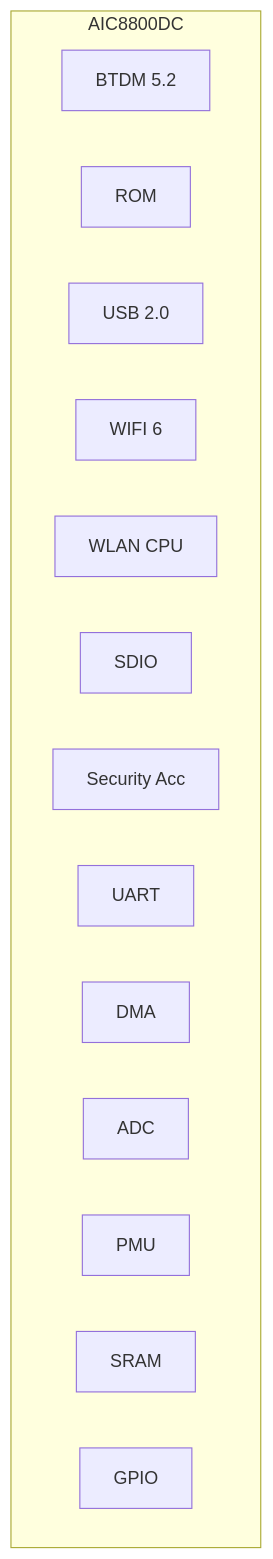
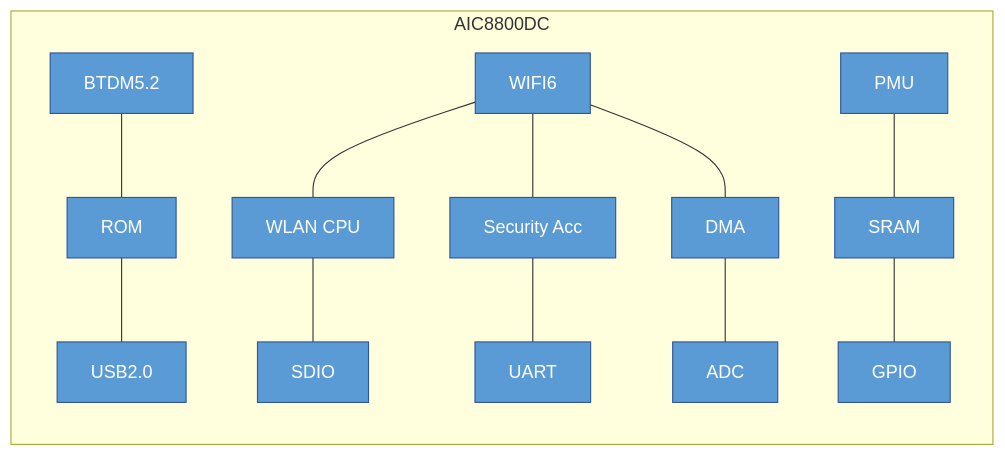
The diagram in AIC8800DC.md (infinityabundance/aic8800-cachyos-6.18), drawn with Mermaid before and after one commit. The commit also changed other lines of this file, not shown here.

````diff
--- a/AIC8800DC.md
+++ b/AIC8800DC.md
@@ -92,18 +93,47 @@
 ```mermaid
 graph TD
-    subgraph "AIC8800DC"
-        BTDM["BTDM 5.2"]
+    subgraph AIC8800DC ["AIC8800DC"]
+        direction TB
+        
+        %% Column 1
+        BTDM["BTDM5.2"]
+        WIFI6["WIFI6"]
+        PMU["PMU"]
+        
+        %% Column 2
         ROM["ROM"]
-        USB["USB 2.0"]
-        WIFI6["WIFI 6"]
-        CPU["WLAN CPU"]
+        WLAN["WLAN CPU"]
+        SEC["Security Acc"]
+        DMA["DMA"]
+        SRAM["SRAM"]
+        
+        %% Column 3
+        USB["USB2.0"]
         SDIO["SDIO"]
-        SEC["Security Acc"]
         UART["UART"]
-        DMA["DMA"]
         ADC["ADC"]
-        PMU["PMU"]
-        SRAM["SRAM"]
         GPIO["GPIO"]
+
+        %% Define Layout/Alignment
+        BTDM --- ROM --- USB
+        WIFI6 --- WLAN --- SDIO
+        WIFI6 --- SEC --- UART
+        WIFI6 --- DMA --- ADC
+        PMU --- SRAM --- GPIO
     end
+
+    %% Style for Blue Blocks
+    style BTDM fill:#5B9BD5,color:#fff,stroke:#2F5597
+    style WIFI6 fill:#5B9BD5,color:#fff,stroke:#2F5597
+    style PMU fill:#5B9BD5,color:#fff,stroke:#2F5597
+    style ROM fill:#5B9BD5,color:#fff,stroke:#2F5597
+    style WLAN fill:#5B9BD5,color:#fff,stroke:#2F5597
+    style SEC fill:#5B9BD5,color:#fff,stroke:#2F5597
+    style DMA fill:#5B9BD5,color:#fff,stroke:#2F5597
+    style SRAM fill:#5B9BD5,color:#fff,stroke:#2F5597
+    style USB fill:#5B9BD5,color:#fff,stroke:#2F5597
+    style SDIO fill:#5B9BD5,color:#fff,stroke:#2F5597
+    style UART fill:#5B9BD5,color:#fff,stroke:#2F5597
+    style ADC fill:#5B9BD5,color:#fff,stroke:#2F5597
+    style GPIO fill:#5B9BD5,color:#fff,stroke:#2F5597
 ```
````
